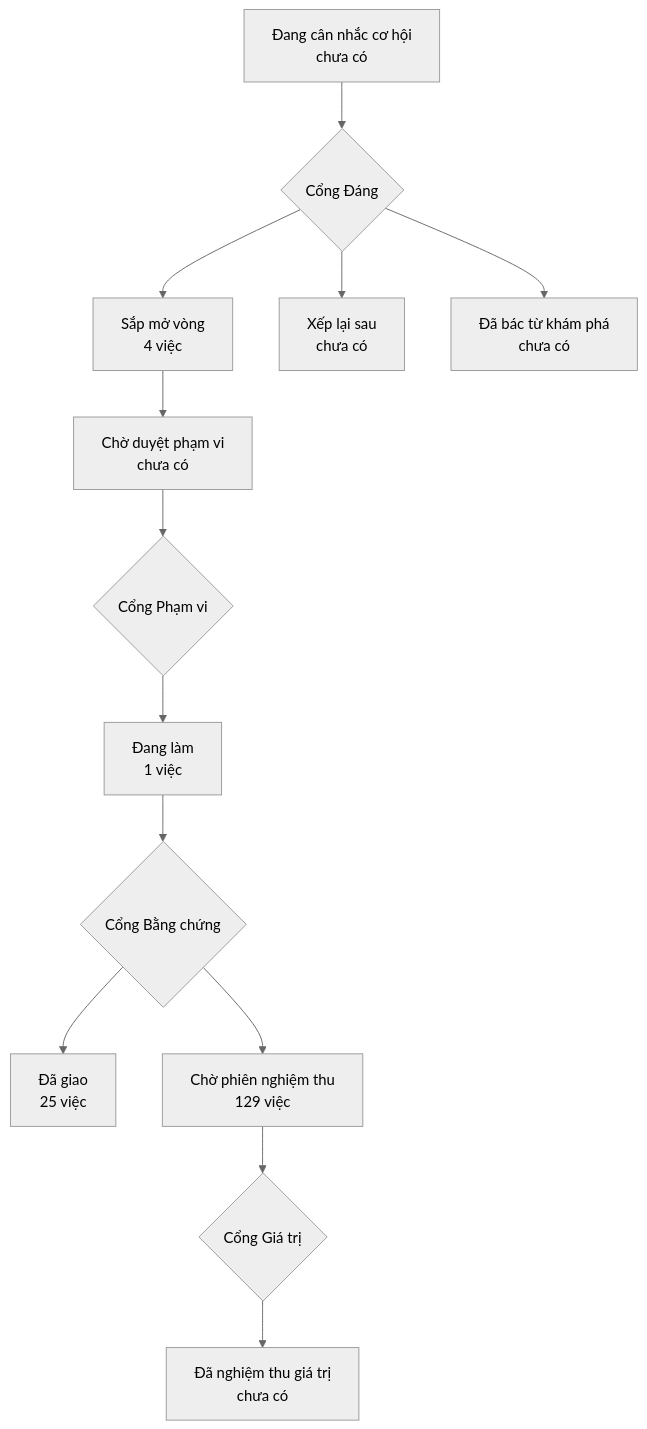
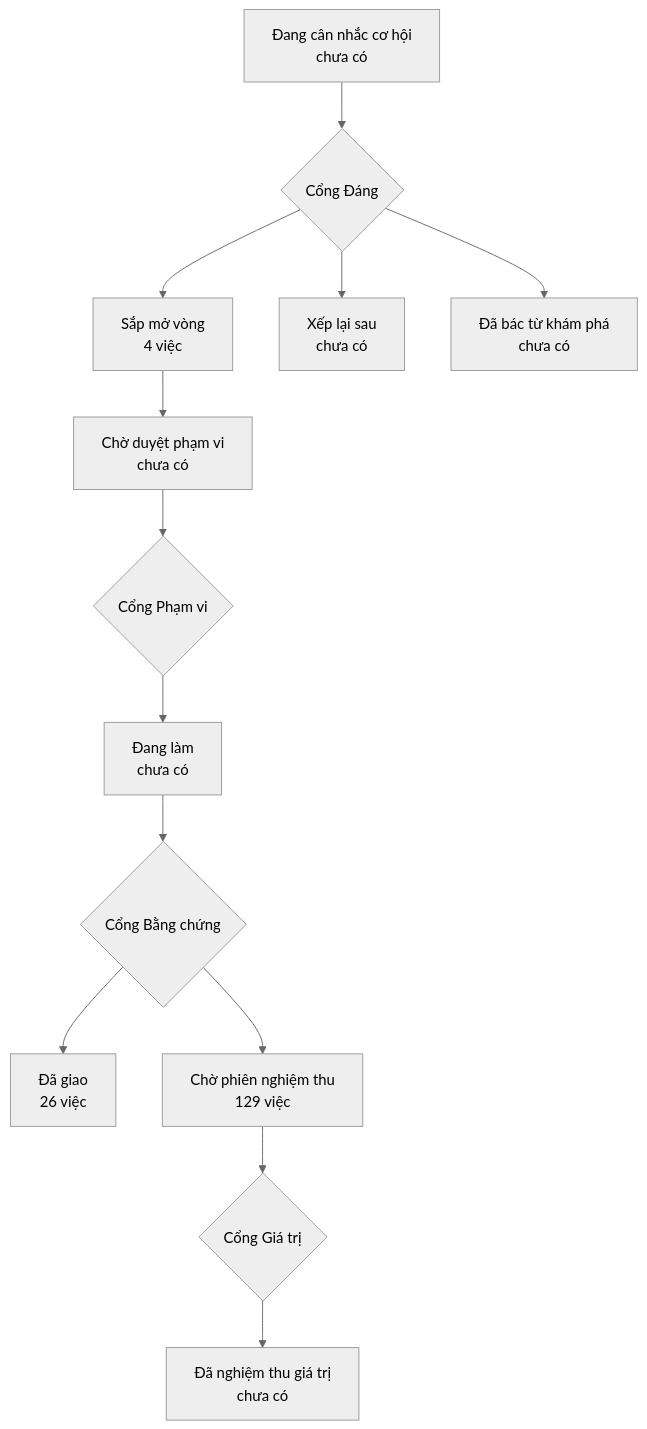
The diagram in PRODUCT-MAP.md (phanlemanh/onehub-quy-hang), drawn with Mermaid (neutral theme) before and after one commit. The commit also changed other lines of this file and 4 other files, not shown here.

````diff
--- a/PRODUCT-MAP.md
+++ b/PRODUCT-MAP.md
@@ -7,12 +7,12 @@
 ```mermaid
 flowchart TD
   A["Đang cân nhắc cơ hội<br/>chưa có"] --> GD{"Cổng Đáng"}
   GD --> B["Sắp mở vòng<br/>4 việc"]
   GD --> XL["Xếp lại sau<br/>chưa có"]
   GD --> DB["Đã bác từ khám phá<br/>chưa có"]
   B --> CD["Chờ duyệt phạm vi<br/>chưa có"] --> GP{"Cổng Phạm vi"}
-  GP --> DL["Đang làm<br/>1 việc"] --> GB{"Cổng Bằng chứng"}
-  GB --> DG["Đã giao<br/>25 việc"]
+  GP --> DL["Đang làm<br/>chưa có"] --> GB{"Cổng Bằng chứng"}
+  GB --> DG["Đã giao<br/>26 việc"]
   GB --> CN["Chờ phiên nghiệm thu<br/>129 việc"] --> GG{"Cổng Giá trị"}
   GG --> NT["Đã nghiệm thu giá trị<br/>chưa có"]
 ```
````
